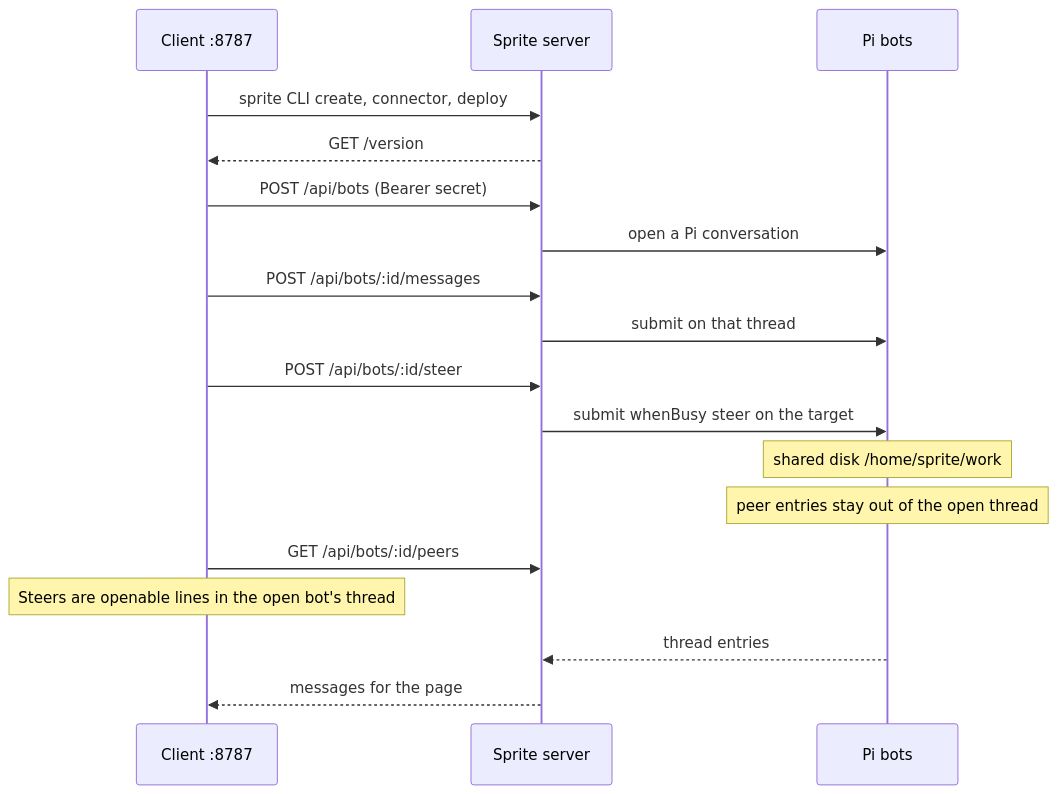
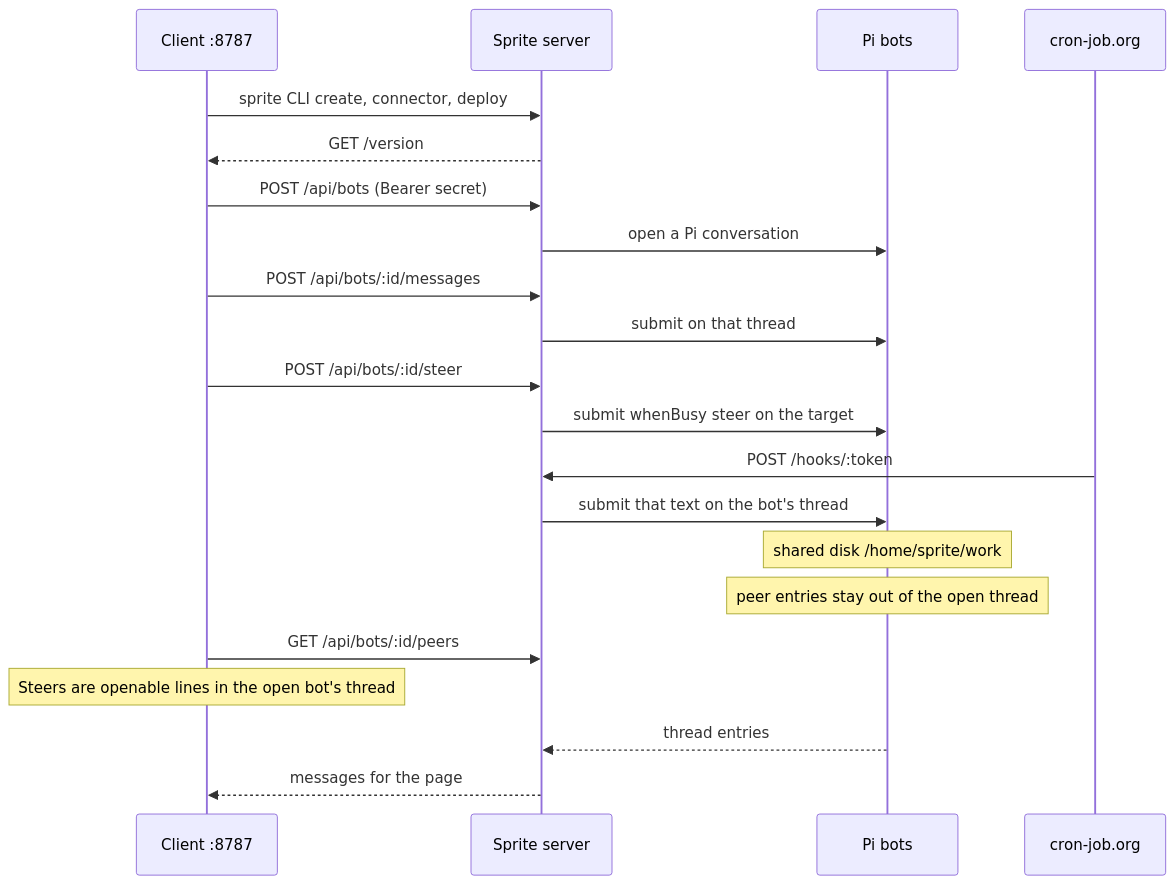
Before and after one commit to richardanaya/pi-orbs: the diagram in docs/architecture.md, drawn with Mermaid. The commit also changed other lines of this file and 13 other files, not shown here.

First line of the commit message:
Schedule messages with an optional cron-job.org key (#58)

````diff
--- a/docs/architecture.md
+++ b/docs/architecture.md
@@ -138,20 +152,23 @@
 ```mermaid
 sequenceDiagram
   participant Client as Client :8787
   participant Sprite as Sprite server
   participant Bots as Pi bots
+  participant Cron as cron-job.org
   Client->>Sprite: sprite CLI create, connector, deploy
   Sprite-->>Client: GET /version
   Client->>Sprite: POST /api/bots (Bearer secret)
   Sprite->>Bots: open a Pi conversation
   Client->>Sprite: POST /api/bots/:id/messages
   Sprite->>Bots: submit on that thread
   Client->>Sprite: POST /api/bots/:id/steer
   Sprite->>Bots: submit whenBusy steer on the target
+  Cron->>Sprite: POST /hooks/:token
+  Sprite->>Bots: submit that text on the bot's thread
   Note over Bots: shared disk /home/sprite/work
   Note over Bots: peer entries stay out of the open thread
   Client->>Sprite: GET /api/bots/:id/peers
   Note over Client: Steers are openable lines in the open bot's thread
   Bots-->>Sprite: thread entries
   Sprite-->>Client: messages for the page
 ```
````
